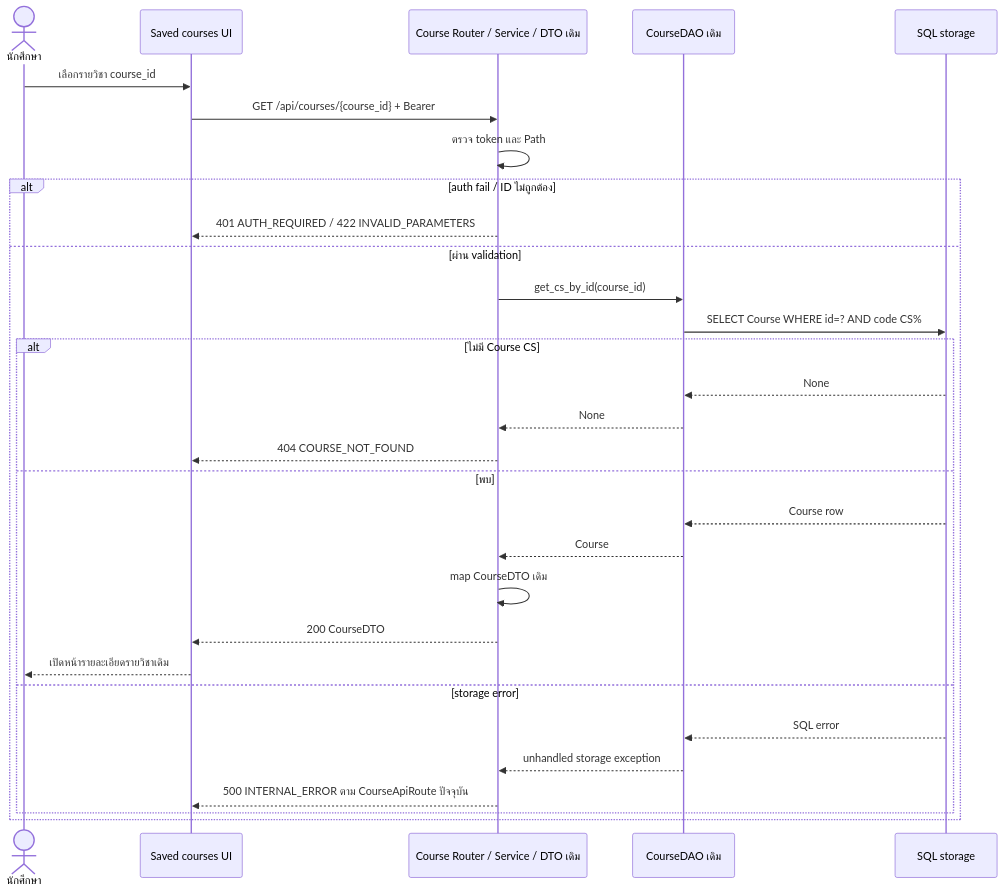
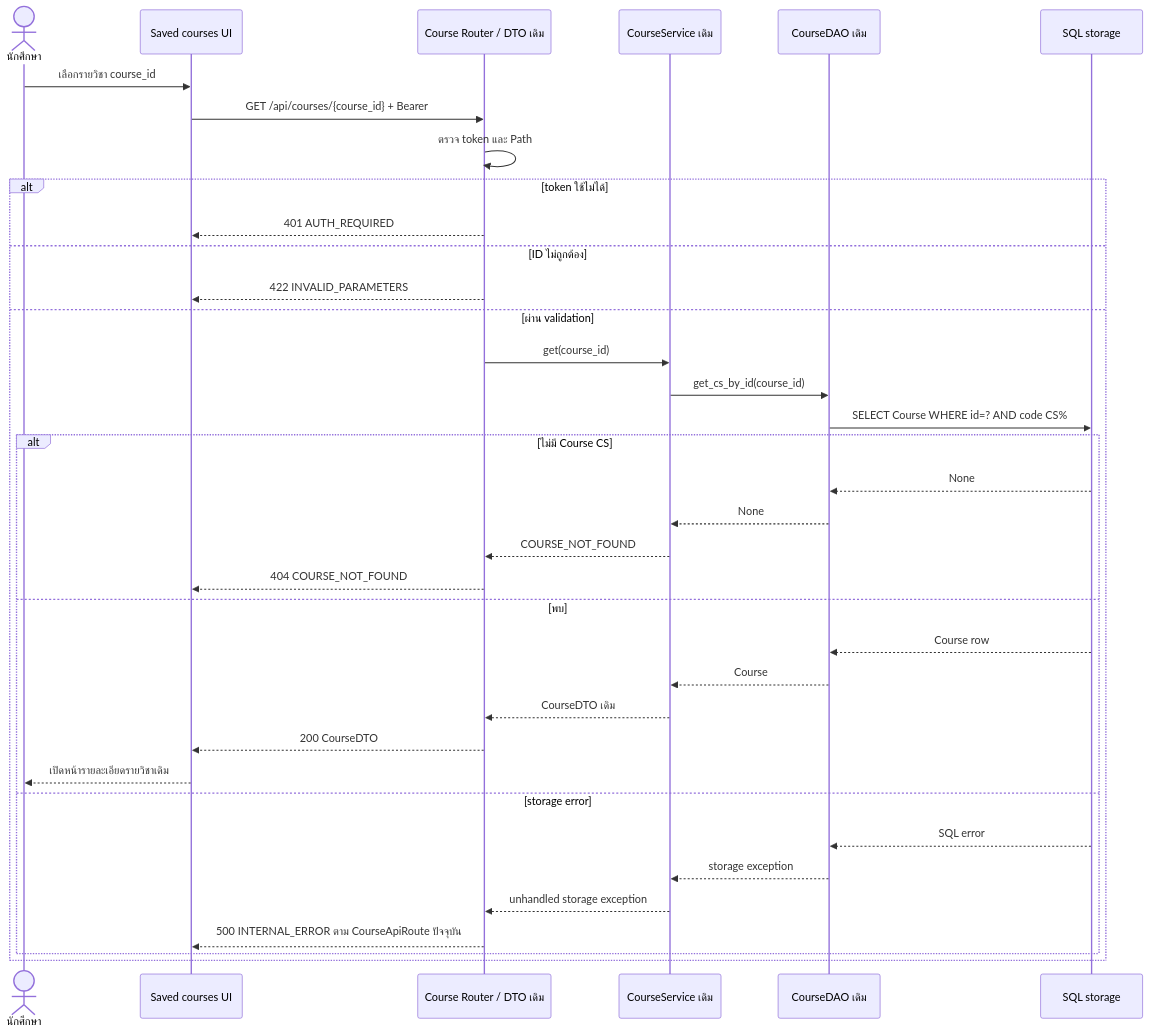
Before and after one commit to Lilieay/cs261-group4-100001: the diagram in docs/U10/design/task104-saved-courses-open.mmd, drawn with Mermaid. The commit also changed 3 other files, not shown here.

```diff
--- a/docs/U10/design/task104-saved-courses-open.mmd
+++ b/docs/U10/design/task104-saved-courses-open.mmd
@@ -1,30 +1,36 @@
 sequenceDiagram
     actor Student as นักศึกษา
     participant UI as Saved courses UI
-    participant API as Course Router / Service / DTO เดิม
+    participant API as Course Router / DTO เดิม
+    participant SVC as CourseService เดิม
     participant DAO as CourseDAO เดิม
     participant DB as SQL storage
     Student->>UI: เลือกรายวิชา course_id
     UI->>API: GET /api/courses/{course_id} + Bearer
     API->>API: ตรวจ token และ Path
-    alt auth fail / ID ไม่ถูกต้อง
-        API-->>UI: 401 AUTH_REQUIRED / 422 INVALID_PARAMETERS
+    alt token ใช้ไม่ได้
+        API-->>UI: 401 AUTH_REQUIRED
+    else ID ไม่ถูกต้อง
+        API-->>UI: 422 INVALID_PARAMETERS
     else ผ่าน validation
-        API->>DAO: get_cs_by_id(course_id)
+        API->>SVC: get(course_id)
+        SVC->>DAO: get_cs_by_id(course_id)
         DAO->>DB: SELECT Course WHERE id=? AND code CS%
         alt ไม่มี Course CS
             DB-->>DAO: None
-            DAO-->>API: None
+            DAO-->>SVC: None
+            SVC-->>API: COURSE_NOT_FOUND
             API-->>UI: 404 COURSE_NOT_FOUND
         else พบ
             DB-->>DAO: Course row
-            DAO-->>API: Course
-            API->>API: map CourseDTO เดิม
+            DAO-->>SVC: Course
+            SVC-->>API: CourseDTO เดิม
             API-->>UI: 200 CourseDTO
             UI-->>Student: เปิดหน้ารายละเอียดรายวิชาเดิม
         else storage error
             DB-->>DAO: SQL error
-            DAO-->>API: unhandled storage exception
+            DAO-->>SVC: storage exception
+            SVC-->>API: unhandled storage exception
             API-->>UI: 500 INTERNAL_ERROR ตาม CourseApiRoute ปัจจุบัน
         end
     end
```
